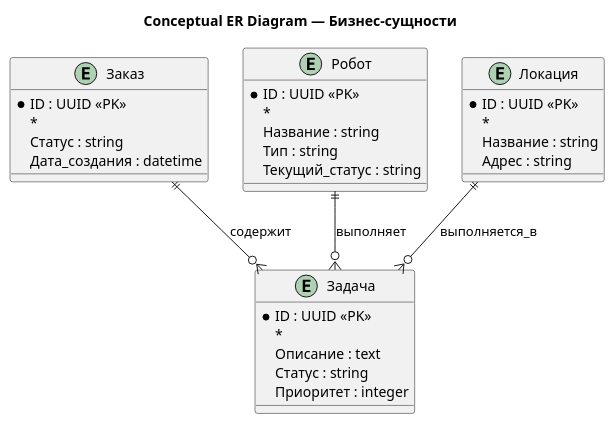
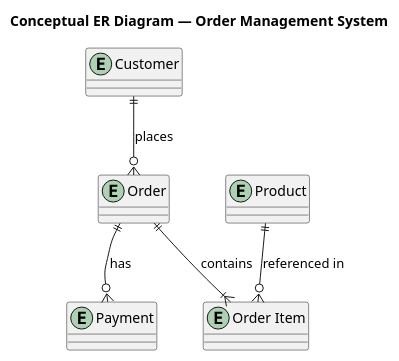
One commit to system-highload-architect/project-leadership changed the diagram in docs/architecture/diagrams/er/conceptual.puml. Above: the diagram before and after it, drawn with PlantUML. The commit also changed 25 other files, not shown here.

```diff
--- a/docs/architecture/diagrams/er/conceptual.puml
+++ b/docs/architecture/diagrams/er/conceptual.puml
@@ -1,39 +1,14 @@
 @startuml
-' Используем нотацию "воронья лапка"
-title Conceptual ER Diagram — Бизнес-сущности
+title Conceptual ER Diagram — Order Management System
 
-entity "Заказ" as order {
-    * ID : UUID <<PK>>
-    *
-    Статус : string
-    Дата_создания : datetime
-}
+entity "Customer" as customer
+entity "Order" as order
+entity "Order Item" as order_item
+entity "Product" as product
+entity "Payment" as payment
 
-entity "Робот" as robot {
-    * ID : UUID <<PK>>
-    *
-    Название : string
-    Тип : string
-    Текущий_статус : string
-}
-
-entity "Задача" as task {
-    * ID : UUID <<PK>>
-    *
-    Описание : text
-    Статус : string
-    Приоритет : integer
-}
-
-entity "Локация" as location {
-    * ID : UUID <<PK>>
-    *
-    Название : string
-    Адрес : string
-}
-
-order ||--o{ task : "содержит"
-robot ||--o{ task : "выполняет"
-location ||--o{ task : "выполняется_в"
-
+customer ||--o{ order : "places"
+order ||--|{ order_item : "contains"
+product ||--o{ order_item : "referenced in"
+order ||--o{ payment : "has"
 @enduml
```
